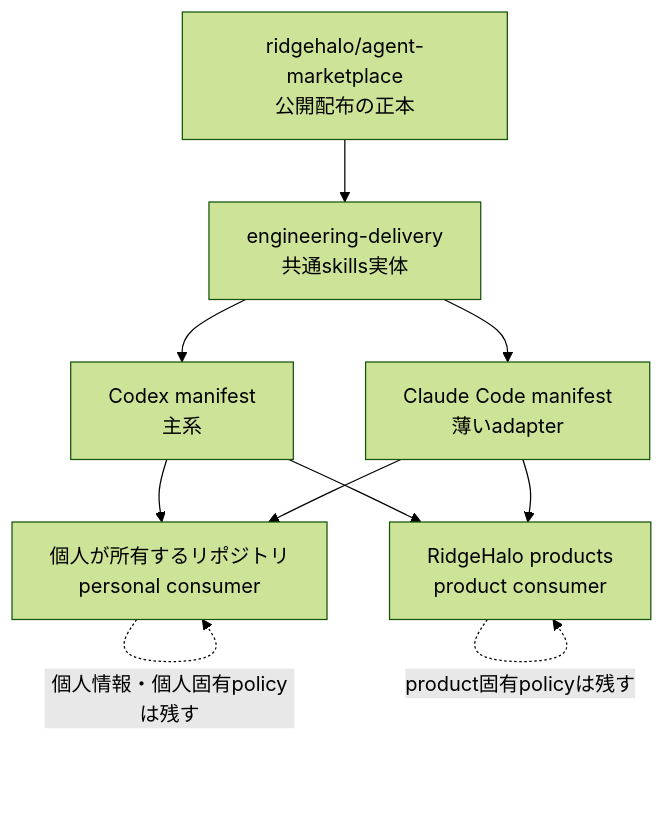
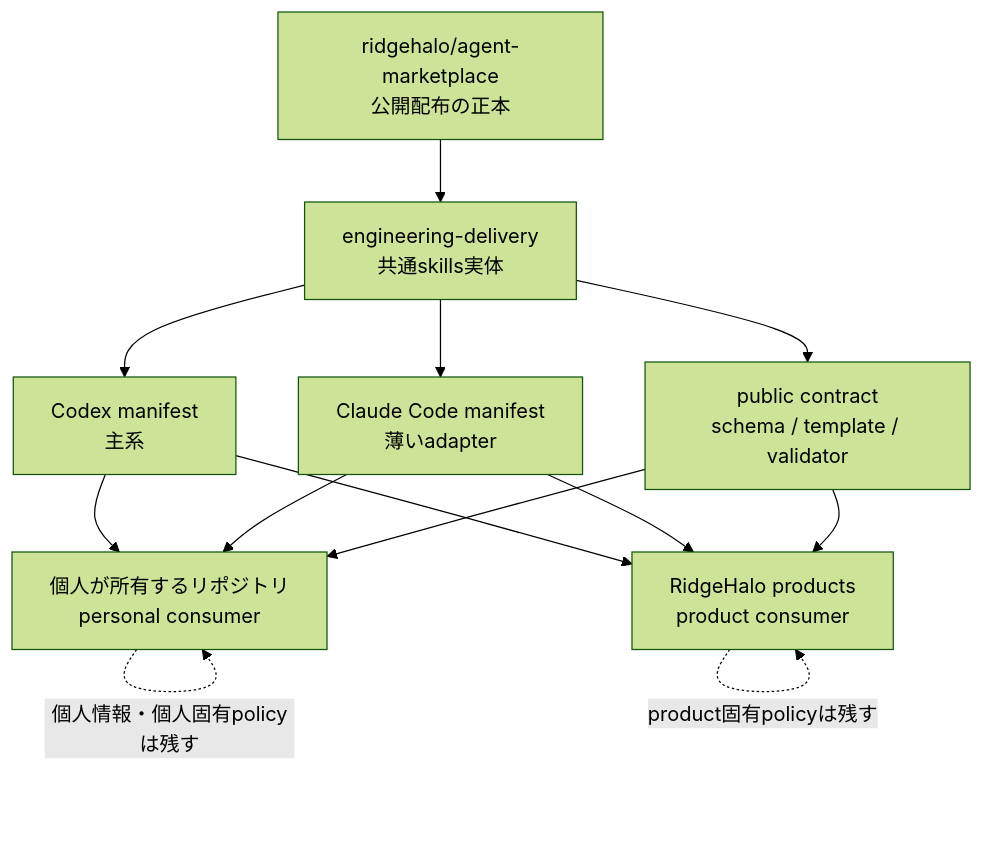
Before and after one commit to ridgehalo/agent-marketplace: the diagram in docs/architecture.md, drawn with Mermaid (forest theme). The commit also changed other lines of this file and 47 other files, not shown here.

````diff
--- a/docs/architecture.md
+++ b/docs/architecture.md
@@ -5,19 +5,23 @@
 ```mermaid
 flowchart TD
     M["ridgehalo/agent-marketplace\n公開配布の正本"]
     P["engineering-delivery\n共通skills実体"]
+    K["public contract\nschema / template / validator"]
     C["Codex manifest\n主系"]
     H["Claude Code manifest\n薄いadapter"]
     U["個人が所有するリポジトリ\npersonal consumer"]
     R["RidgeHalo products\nproduct consumer"]
 
     M --> P
+    P --> K
     P --> C
     P --> H
     C --> U
     C --> R
     H --> U
     H --> R
+    K --> U
+    K --> R
     U -. "個人情報・個人固有policyは残す" .-> U
     R -. "product固有policyは残す" .-> R
 ```
````
